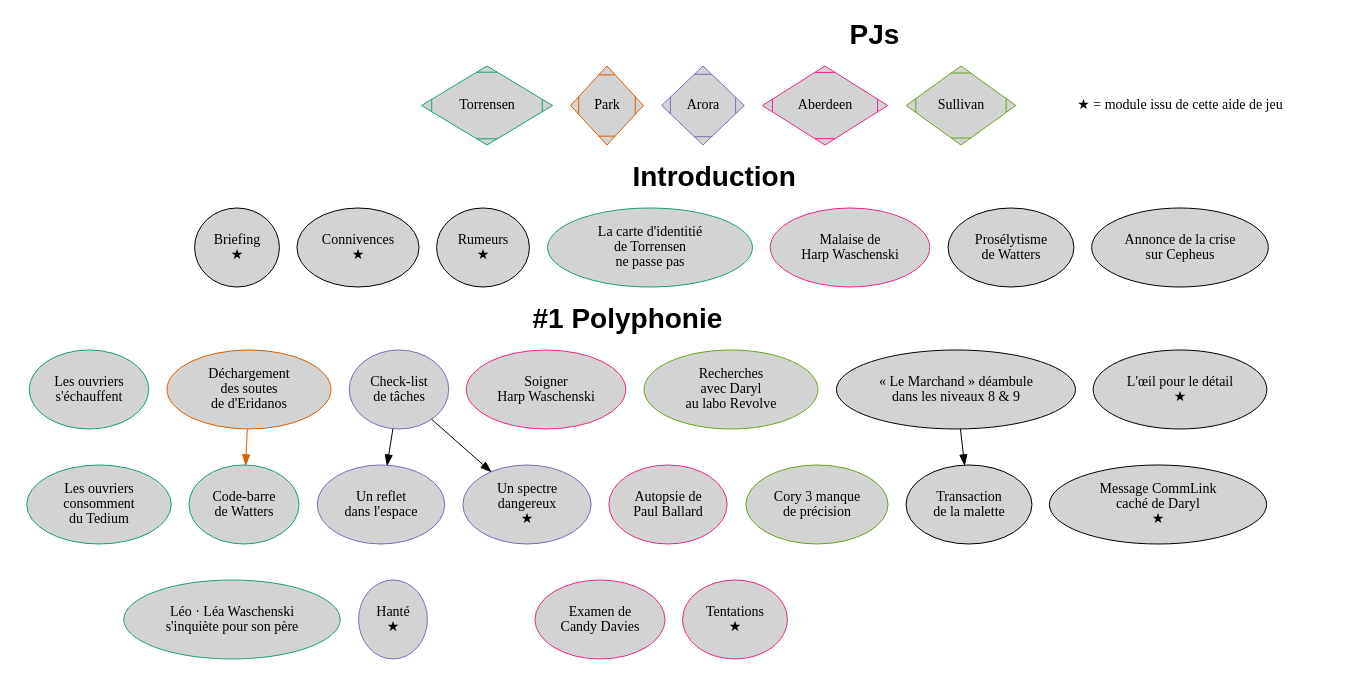
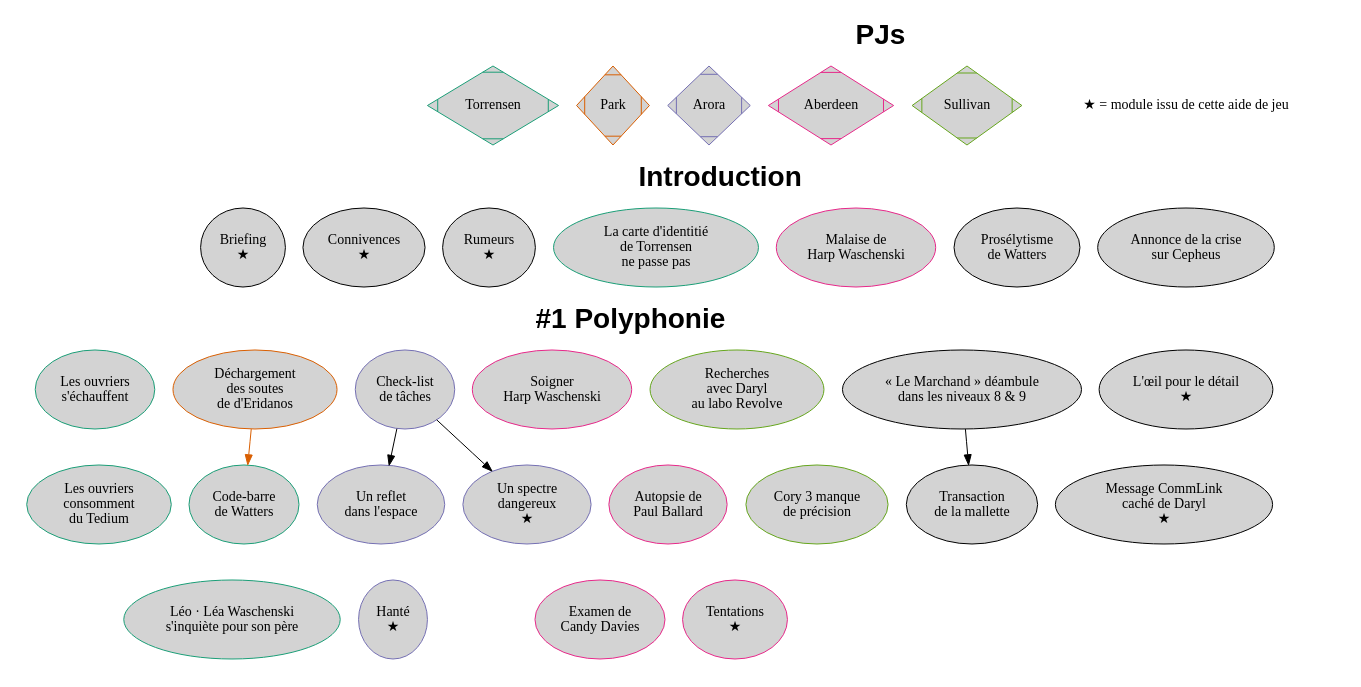
One commit to Lucas-C/jdr changed the diagram in ParadisPerdu/scenario1.dot. Above: the diagram before and after it, drawn with Graphviz. The commit also changed 10 other files, not shown here.

```diff
--- a/ParadisPerdu/scenario1.dot
+++ b/ParadisPerdu/scenario1.dot
@@ -1,62 +1,62 @@
 digraph G {
     fontname = Helvetica;
     node [
         colorscheme = dark25,
         style = filled,
         fillcolor = lightgray,
         fontsize = 14,
         height = 1.1  # Make nodes higher
     ];
     edge [ colorscheme = dark25 ];
     # "If clusterrank=local, a subgraph whose name begins with cluster is given special treatment."
     subgraph cluster_legend {
         peripheries = 0;  # => no border
         star[label="★ = module issu de cette aide de jeu",peripheries=0,style=""];
         Sullivan  [shape=Mdiamond,color=5];
         Aberdeen  [shape=Mdiamond,color=4];
         Arora     [shape=Mdiamond,color=3];
         Park      [shape=Mdiamond,color=2];
         Torrensen [shape=Mdiamond,color=1];
         fontsize = 28;
         label = <<b>PJs</b>>;
     }
     subgraph cluster_intro {
         peripheries = 0;  # => no border
         introTorrensen[color=1,label="La carte d'identitié\nde Torrensen\nne passe pas"];
         introAberdeen [color=4,label="Malaise de\nHarp Waschenski"];
         { rank=same; "Briefing\n★" -> "Connivences\n★" -> "Rumeurs\n★" -> introTorrensen -> introAberdeen -> "Prosélytisme\nde Watters" -> "Annonce de la crise\nsur Cepheus" [style=invis]; }
         fontsize = 28;
         label = <<b>Introduction</b>>;
     }
     subgraph cluster_partie_1 {
         peripheries = 0;  # => no border
         "L'œil pour le détail\n★" -> "Message CommLink\ncaché de Daryl\n★" [style=invis];
-        "« Le Marchand » déambule\ndans les niveaux 8 & 9" -> "Transaction\nde la malette";
+        "« Le Marchand » déambule\ndans les niveaux 8 & 9" -> "Transaction\nde la mallette";
         node [color=5];  # Sullivan
         "Recherches\navec Daryl\nau labo Revolve"
         -> "Cory 3 manque\nde précision" [style=invis, rank=same];
         node [color=4];  # Aberdeen
         "Soigner\nHarp Waschenski"
         -> "Autopsie de\nPaul Ballard"
         -> "Examen de\nCandy Davies" [style=invis, rank=same];
         "Autopsie de\nPaul Ballard"
         -> "Tentations\n★" [style=invis, rank=same];
         node [color=3];  # Arora
         "Check-list\nde tâches" -> "Un reflet\ndans l'espace";
         "Check-list\nde tâches" -> "Un spectre\ndangereux\n★"
         "Un reflet\ndans l'espace" -> "Hanté\n★" [style=invis, rank=same];
         node [color=2];  # Park
         "Déchargement\ndes soutes\nde d'Eridanos";
         node [color=1];  # Torrensen
         "Les ouvriers\ns'échauffent"
         -> "Code-barre\nde Watters"
         -> "Léo · Léa Waschenski\ns'inquiète pour son père" [style=invis, rank=same];
         "Les ouvriers\ns'échauffent" -> "Les ouvriers\nconsomment\ndu Tedium" [style=invis, rank=same];
         "Déchargement\ndes soutes\nde d'Eridanos" -> "Code-barre\nde Watters" [color=2];
         fontsize = 28;
         label = <<b>#1 Polyphonie</b>>;
     }
     // Force clusters based on (added) rank
     // Recipe from: https://stackoverflow.com/a/72102766/636849
     {star} -> {"Annonce de la crise\nsur Cepheus"} -> {"L'œil pour le détail\n★"} [style=invis];
 }
```
